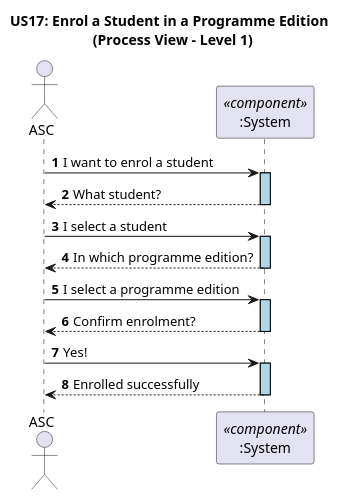
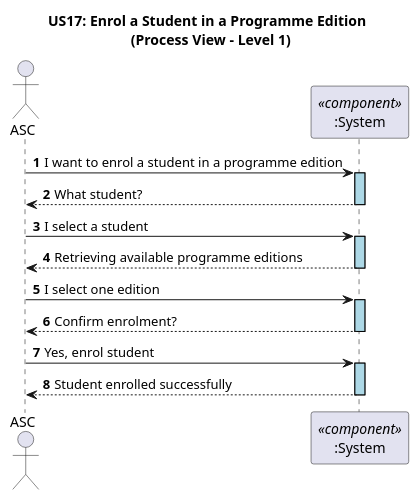
The diagram in docs/US17/Sprint_6_RestAPI/ProcessView/US17_RestAPI_ProcessView_Level1.puml (GasparISEP/DevOps-PAI), drawn with PlantUML before and after one commit.

Commit message:
#500 #587 Update US17_RestAPI_ProcessView_Level1.puml

```diff
--- a/docs/US17/Sprint_6_RestAPI/ProcessView/US17_RestAPI_ProcessView_Level1.puml
+++ b/docs/US17/Sprint_6_RestAPI/ProcessView/US17_RestAPI_ProcessView_Level1.puml
@@ -1,27 +1,30 @@
 @startuml
 
 ' US17 - Enrol a Student in a Programme Edition
 ' Process View - Level 1 (C4 Level 1 Style)
 
 autonumber
 
 skinparam sequence {
    LifelineBorderColor black
    LifelineBackgroundColor LightBlue
 }
 
 title US17: Enrol a Student in a Programme Edition \n (Process View - Level 1)
 
 actor ASC
 participant ":System" as System <<component>>
 
-ASC -> System ++: I want to enrol a student
+ASC -> System ++: I want to enrol a student in a programme edition
 System --> ASC --: What student?
 ASC -> System ++: I select a student
-System --> ASC --: In which programme edition?
-ASC -> System ++: I select a programme edition
+
+System --> ASC --: Retrieving available programme editions
+ASC -> System ++: I select one edition
+
 System --> ASC --: Confirm enrolment?
-ASC -> System ++: Yes!
-System --> ASC --: Enrolled successfully
+ASC -> System ++: Yes, enrol student
+
+System --> ASC --: Student enrolled successfully
 
 @enduml
```
